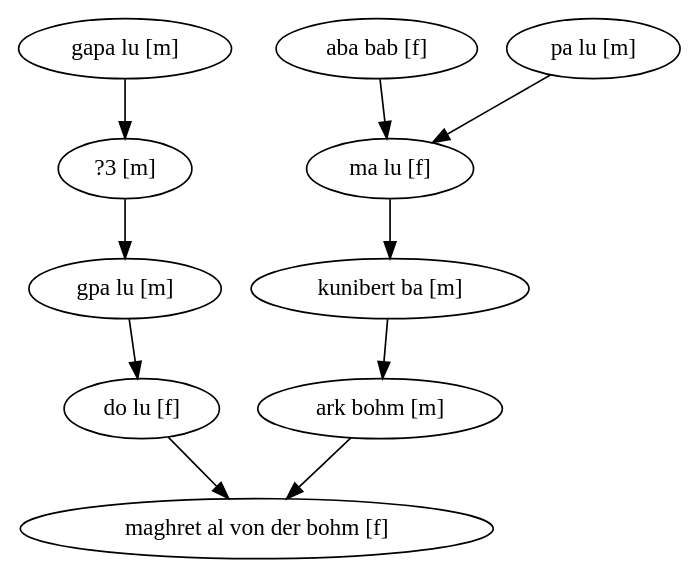
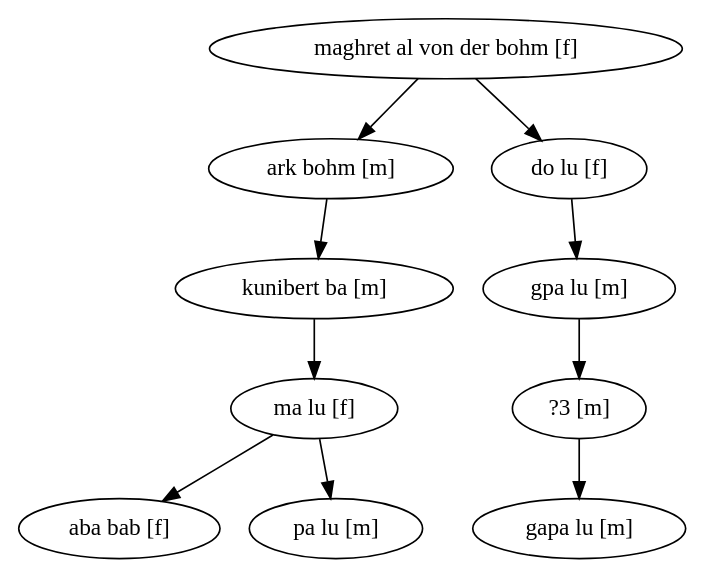
Before and after one commit to hakson/hakso: the diagram in YoYoPenis.dot, drawn with Graphviz. The commit also changed 2 other files, not shown here.

```diff
--- a/YoYoPenis.dot
+++ b/YoYoPenis.dot
@@ -1,12 +1,15 @@
 digraph FamilyTree
 {
-  "gapa lu [m]" -> "?3 [m]";
-  "kunibert ba [m]" -> "ark bohm [m]";
-  "gpa lu [m]" -> "do lu [f]";
-  "?3 [m]" -> "gpa lu [m]";
-  "ma lu [f]" -> "kunibert ba [m]";
-  "aba bab [f]" -> "ma lu [f]";
-  "pa lu [m]" -> "ma lu [f]";
-  "do lu [f]" -> "maghret al von der bohm [f]";
-  "ark bohm [m]" -> "maghret al von der bohm [f]";
+  "?3 [m]" -> "gapa lu [m]";
+  "aba bab [f]";
+  "ark bohm [m]" -> "kunibert ba [m]";
+  "do lu [f]" -> "gpa lu [m]";
+  "gapa lu [m]";
+  "gpa lu [m]" -> "?3 [m]";
+  "kunibert ba [m]" -> "ma lu [f]";
+  "ma lu [f]" -> "aba bab [f]";
+  "ma lu [f]" -> "pa lu [m]";
+  "maghret al von der bohm [f]" -> "do lu [f]";
+  "maghret al von der bohm [f]" -> "ark bohm [m]";
+  "pa lu [m]";
 }
```
